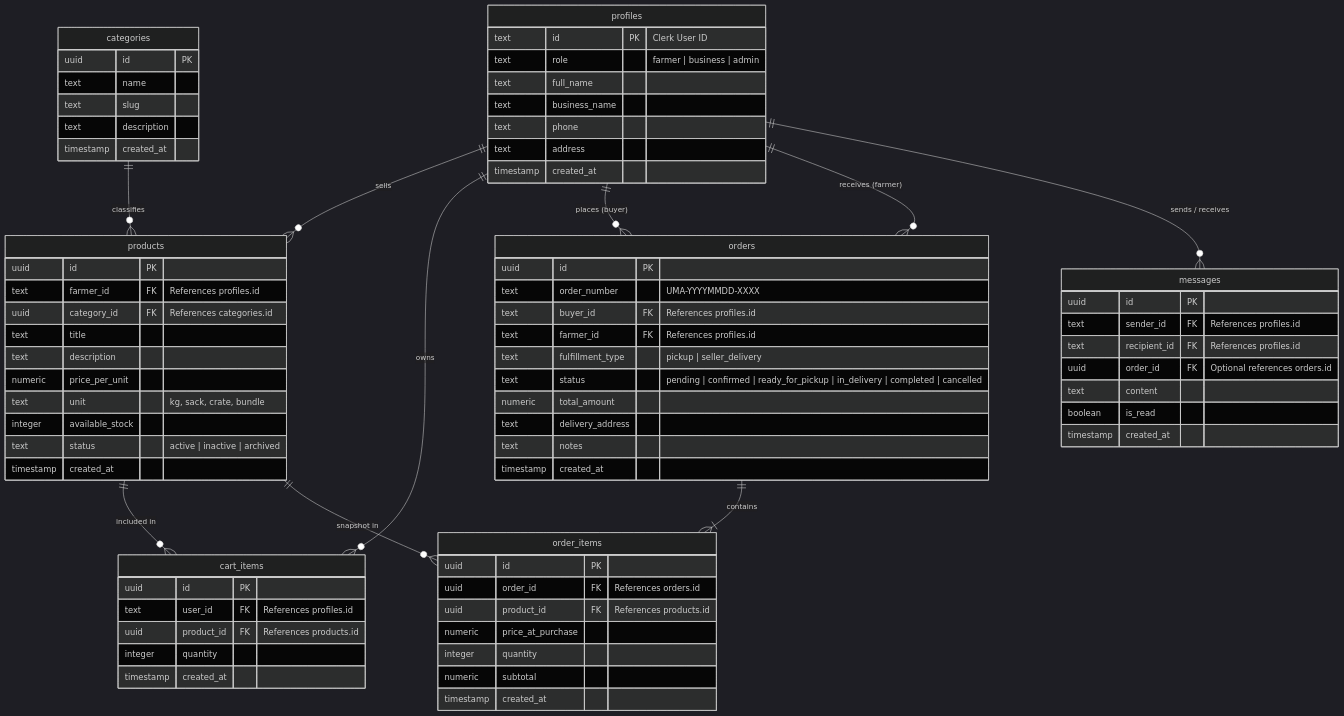
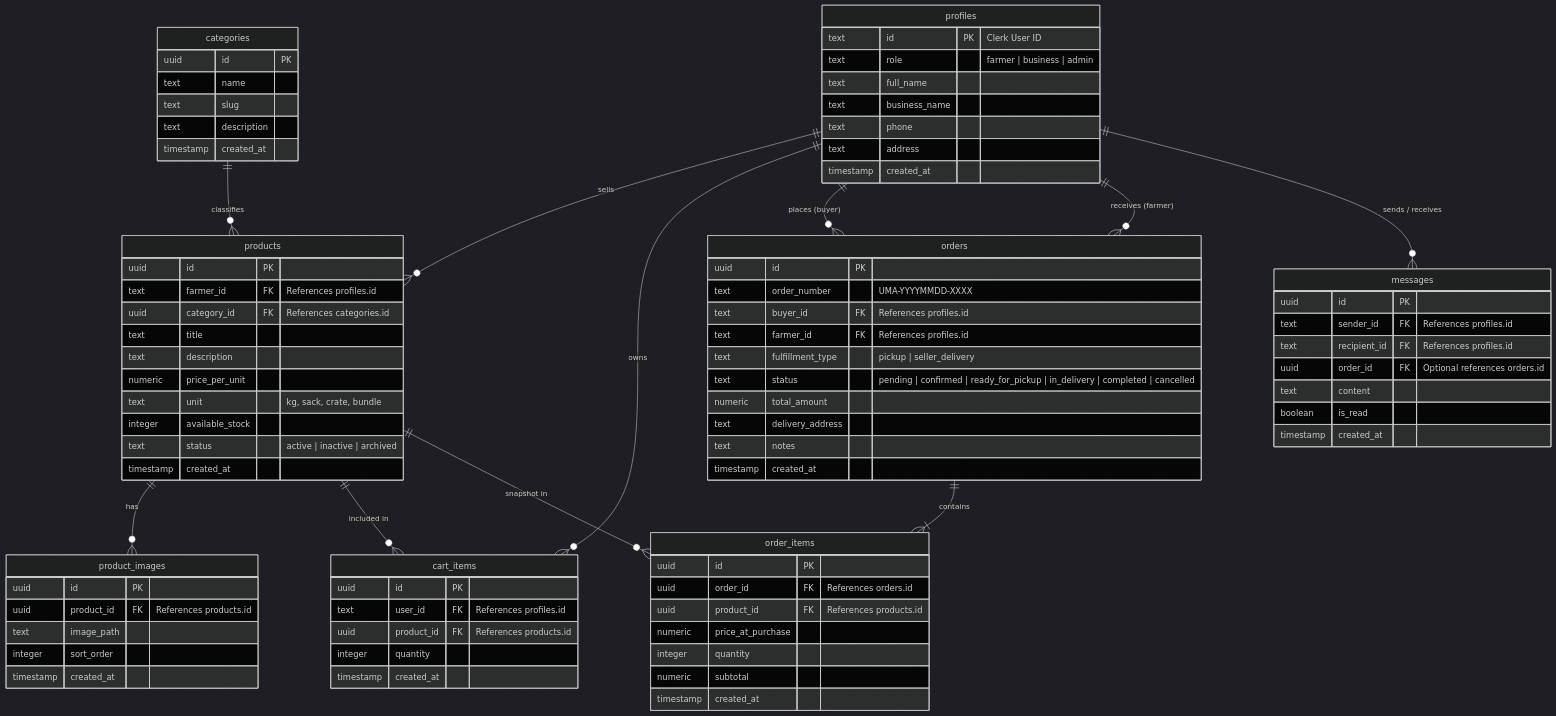
The fourth of 4 diagrams in README.md (xalhexi-sch/uma-market), drawn with Mermaid (dark theme) before and after one commit. The commit also changed other lines of this file and 10 other files, not shown here.

First line of the commit message:
feat(products): add multi-image product gallery

```diff
--- a/README.md
+++ b/README.md
@@ -295,6 +296,7 @@
     profiles ||--o{ orders : "places (buyer)"
     profiles ||--o{ orders : "receives (farmer)"
     categories ||--o{ products : "classifies"
+    products ||--o{ product_images : "has"
     products ||--o{ cart_items : "included in"
     products ||--o{ order_items : "snapshot in"
     orders ||--|{ order_items : "contains"
@@ -328,6 +330,14 @@
         text unit "kg, sack, crate, bundle"
         integer available_stock
         text status "active | inactive | archived"
+        timestamp created_at
+    }
+
+    product_images {
+        uuid id PK
+        uuid product_id FK "References products.id"
+        text image_path
+        integer sort_order
         timestamp created_at
     }
 
```
